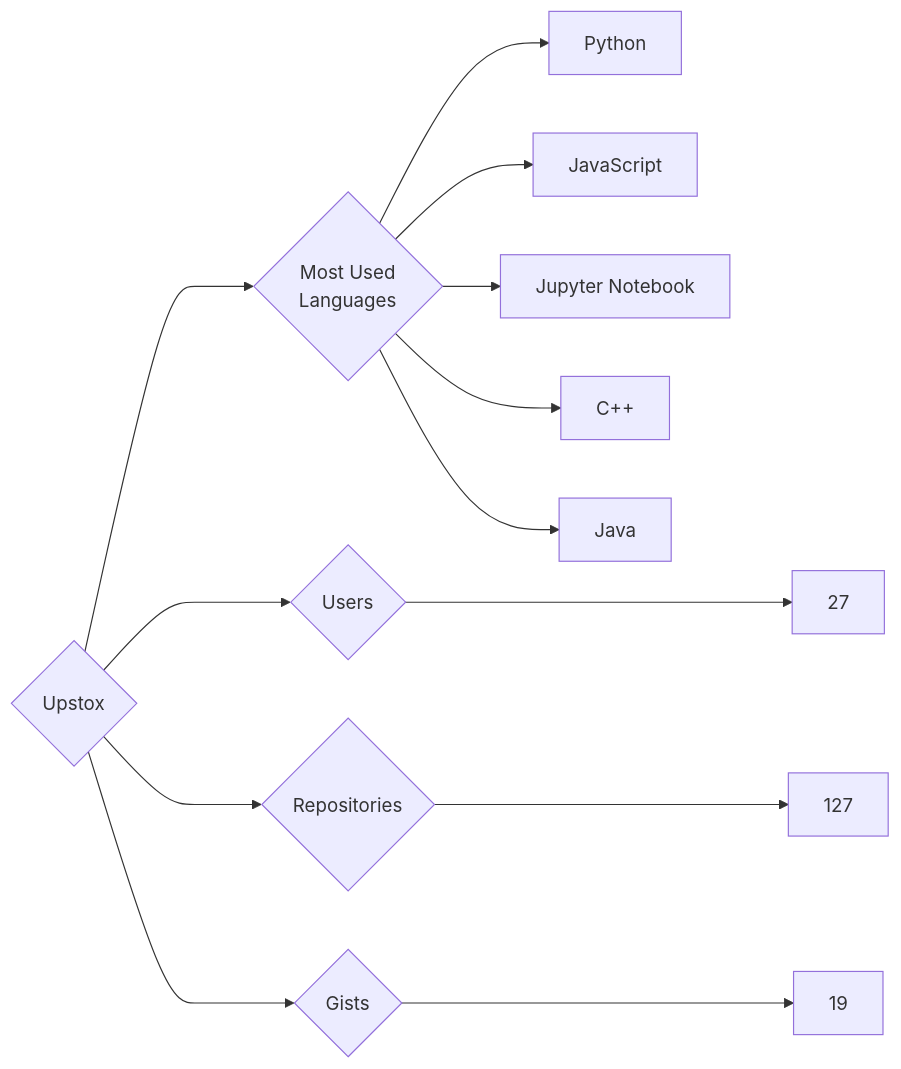
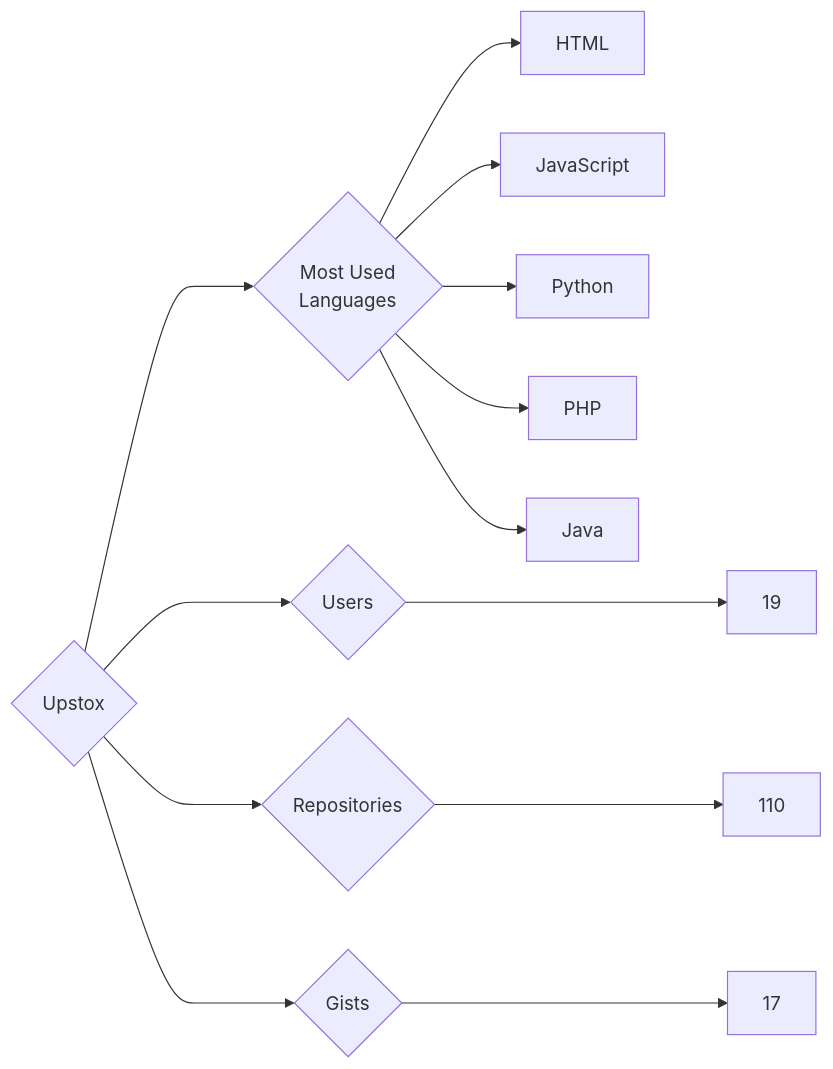
The diagram in targets/Upstox/README.md (trickest/insiders), drawn with Mermaid before and after one commit. The commit also changed 964 other files, not shown here.

````diff
--- a/targets/Upstox/README.md
+++ b/targets/Upstox/README.md
@@ -3,13 +3,13 @@
 ```mermaid
 graph LR
 COMPANY_NAME{Upstox}
-COMPANY_NAME ---> U{Users} ---> UN[27]
-COMPANY_NAME ---> R{Repositories} ---> RN[127]
-COMPANY_NAME ---> G{Gists} ---> GN[19]
+COMPANY_NAME ---> U{Users} ---> UN[19]
+COMPANY_NAME ---> R{Repositories} ---> RN[110]
+COMPANY_NAME ---> G{Gists} ---> GN[17]
 COMPANY_NAME ---> ML{Most Used<br>Languages}
+ML --> HTML[HTML]
+ML --> JavaScript[JavaScript]
 ML --> Python[Python]
-ML --> JavaScript[JavaScript]
-ML --> Jupyter_Notebook[Jupyter Notebook]
-ML --> C++[C++]
+ML --> PHP[PHP]
 ML --> Java[Java]
 ```
````
